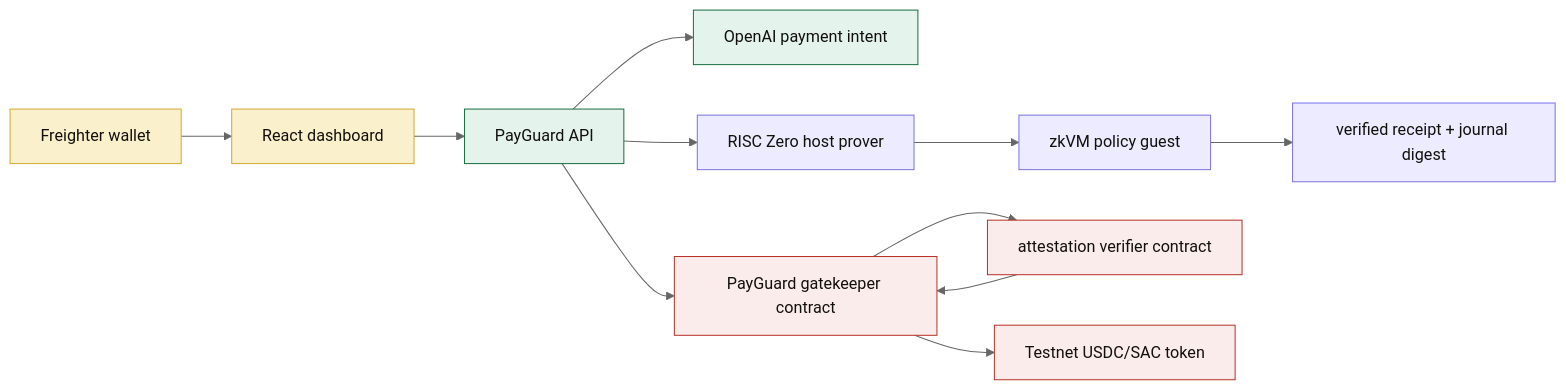
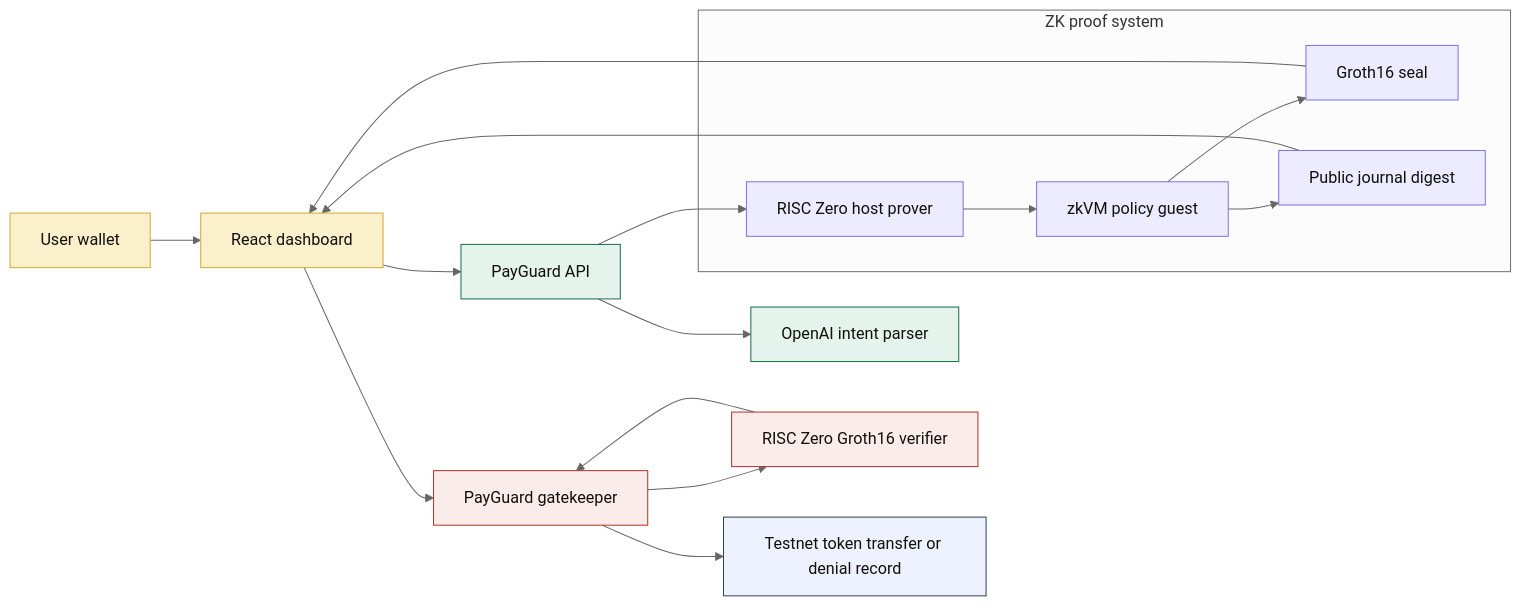
The first of 2 diagrams in README.md (NikhilRaikwar/PayGuard), drawn with Mermaid (neutral theme) before and after one commit. The commit also changed other lines of this file and 8 other files, not shown here.

````diff
--- a/README.md
+++ b/README.md
@@ -21,18 +30,26 @@
 ```mermaid
 flowchart LR
-  classDef ui fill:#fbf0cc,stroke:#d4a832,color:#12100c
-  classDef api fill:#e4f3ec,stroke:#1a6e42,color:#12100c
-  classDef zk fill:#ecebff,stroke:#7c72e5,color:#12100c
-  classDef chain fill:#faeceb,stroke:#b83228,color:#12100c
+  classDef ui fill:#FBF0CC,stroke:#D4A832,color:#12100C
+  classDef api fill:#E4F3EC,stroke:#1A6E42,color:#12100C
+  classDef zk fill:#ECEBFF,stroke:#7C72E5,color:#12100C
+  classDef chain fill:#FAECEB,stroke:#B83228,color:#12100C
+  classDef token fill:#EEF2FF,stroke:#334155,color:#12100C
 
-  User[Freighter wallet]:::ui --> Web[React dashboard]:::ui
-  Web --> API[PayGuard API]:::api
-  API --> OpenAI[OpenAI payment intent]:::api
-  API --> Prover[RISC Zero host prover]:::zk
-  Prover --> Guest[zkVM policy guest]:::zk
-  Guest --> Receipt[verified receipt + journal digest]:::zk
-  API --> Gatekeeper[PayGuard gatekeeper contract]:::chain
-  Gatekeeper --> Verifier[attestation verifier contract]:::chain
+  User["User wallet"]:::ui --> Web["React dashboard"]:::ui
+  Web --> API["PayGuard API"]:::api
+  API --> Intent["OpenAI intent parser"]:::api
+
+  subgraph ZK["ZK proof system"]
+    Host["RISC Zero host prover"]:::zk --> Guest["zkVM policy guest"]:::zk
+    Guest --> Seal["Groth16 seal"]:::zk
+    Guest --> Digest["Public journal digest"]:::zk
+  end
+
+  API --> Host
+  Seal --> Web
+  Digest --> Web
+  Web --> Gatekeeper["PayGuard gatekeeper"]:::chain
+  Gatekeeper --> Verifier["RISC Zero Groth16 verifier"]:::chain
   Verifier --> Gatekeeper
-  Gatekeeper --> Token[Testnet USDC/SAC token]:::chain
+  Gatekeeper --> Token["Testnet token transfer or denial record"]:::token
 ```
````
